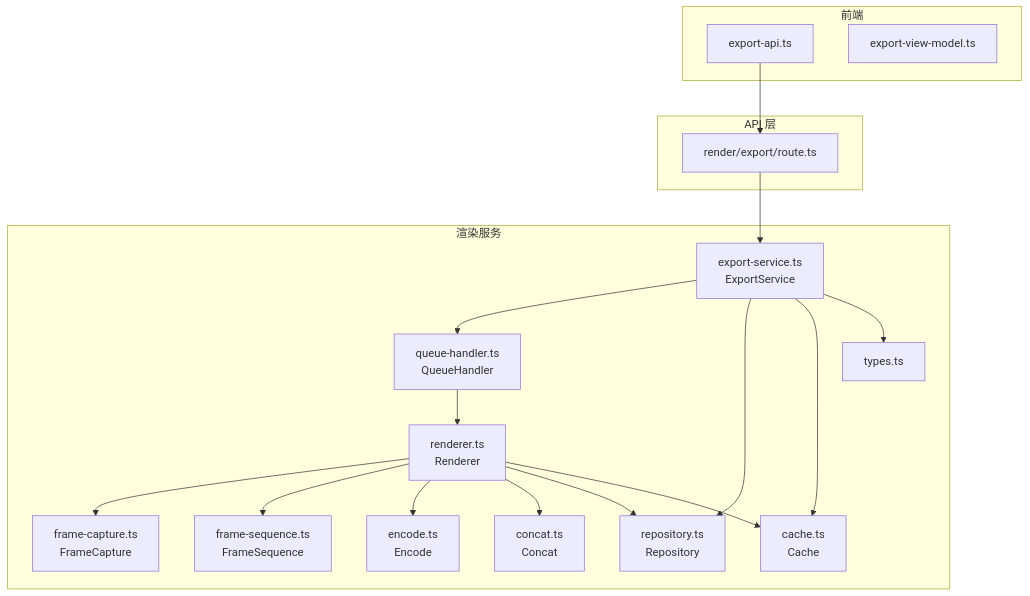
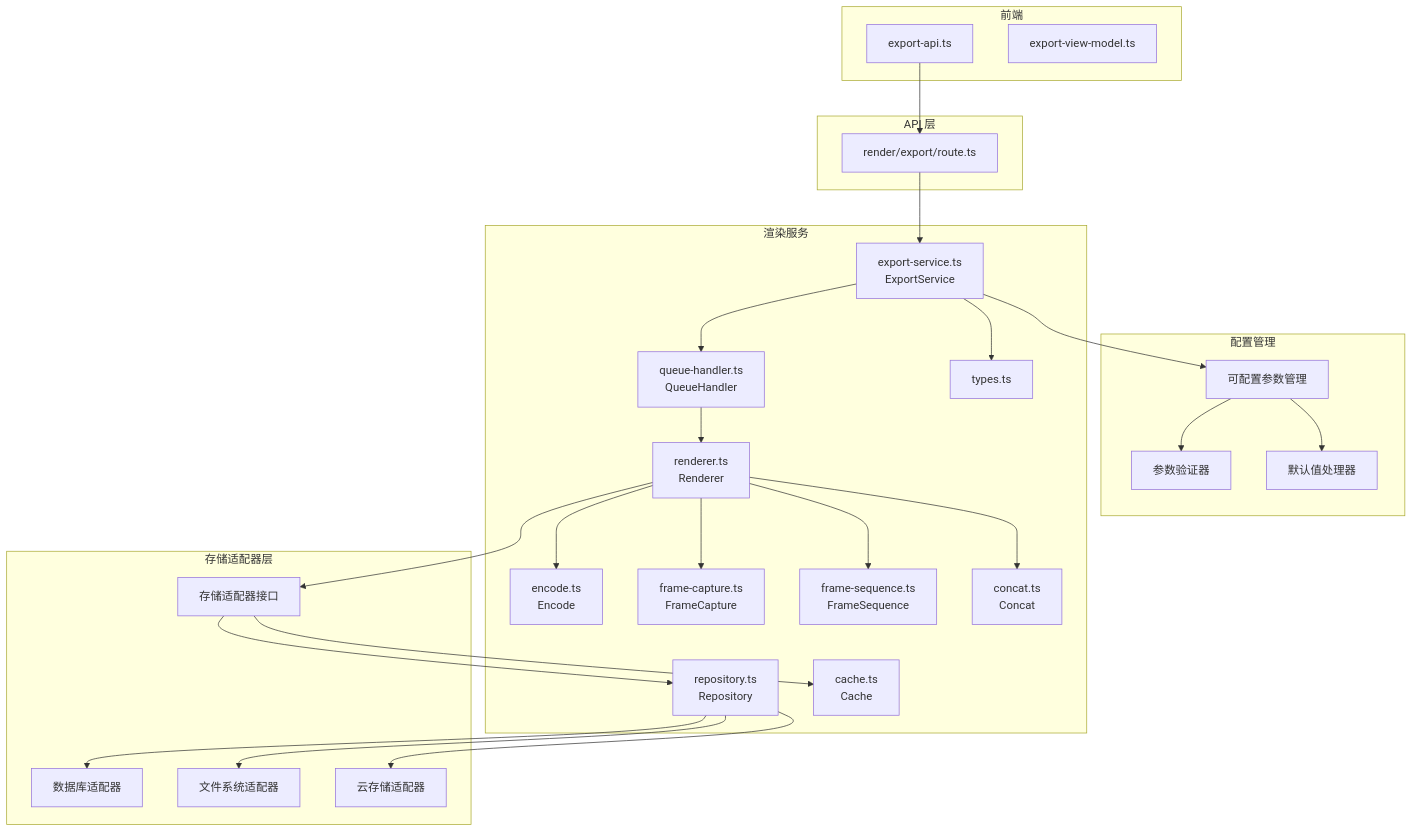
Before and after one commit to AIMFllyYS/code-video-canvas: the first of 10 diagrams in .qoder/repowiki/zh/content/核心功能模块/渲染引擎/导出服务.md, drawn with Mermaid. The commit also changed other lines of this file and 31 other files, not shown here.

````diff
--- a/.qoder/repowiki/zh/content/核心功能模块/渲染引擎/导出服务.md
+++ b/.qoder/repowiki/zh/content/核心功能模块/渲染引擎/导出服务.md
@@ -41,35 +52,51 @@
 ```mermaid
 graph TB
 subgraph "前端"
 FE_API["export-api.ts"]
 FE_VM["export-view-model.ts"]
 end
 subgraph "API 层"
 Route["render/export/route.ts"]
+end
+subgraph "配置管理"
+Config["可配置参数管理"]
+Validation["参数验证器"]
+Defaults["默认值处理器"]
 end
 subgraph "渲染服务"
 ES["export-service.ts<br/>ExportService"]
 QH["queue-handler.ts<br/>QueueHandler"]
 RND["renderer.ts<br/>Renderer"]
 REPO["repository.ts<br/>Repository"]
 CACHE["cache.ts<br/>Cache"]
 ENC["encode.ts<br/>Encode"]
 FCAP["frame-capture.ts<br/>FrameCapture"]
 FSEQ["frame-sequence.ts<br/>FrameSequence"]
 CONCAT["concat.ts<br/>Concat"]
 TYPES["types.ts"]
 end
+subgraph "存储适配器层"
+StorageAdapter["存储适配器接口"]
+DBAdapter["数据库适配器"]
+FileAdapter["文件系统适配器"]
+CloudAdapter["云存储适配器"]
+end
 FE_API --> Route
 Route --> ES
 ES --> QH
+ES --> Config
+Config --> Validation
+Config --> Defaults
 QH --> RND
 RND --> FCAP
 RND --> FSEQ
 RND --> ENC
 RND --> CONCAT
-RND --> REPO
-RND --> CACHE
-ES --> REPO
-ES --> CACHE
+RND --> StorageAdapter
+StorageAdapter --> REPO
+StorageAdapter --> CACHE
+REPO --> DBAdapter
+REPO --> FileAdapter
+REPO --> CloudAdapter
 ES --> TYPES
 ```
````
